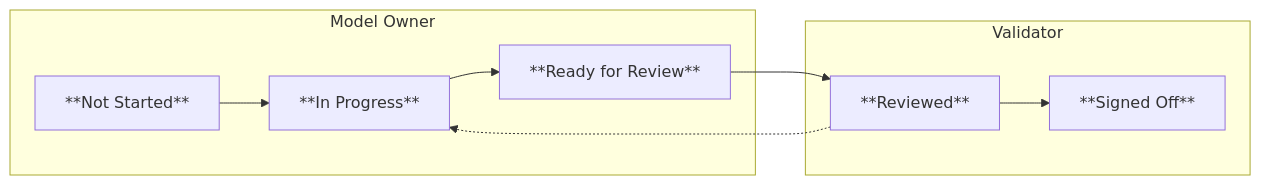
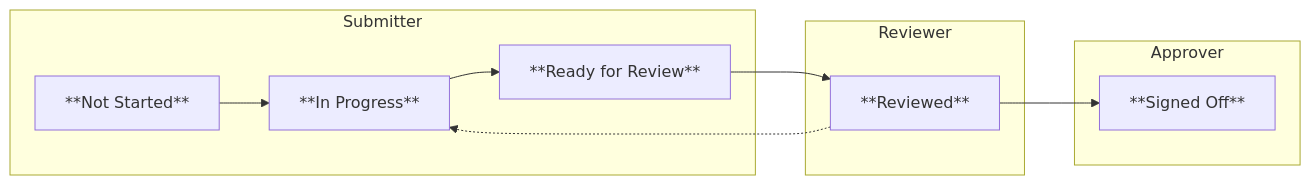
One commit to validmind/documentation changed the diagram in site/guide/attestation/working-with-attestations.qmd. Above: the diagram before and after it, drawn with Mermaid. The commit also changed other lines of this file and 2 other files, not shown here.

````diff
--- a/site/guide/attestation/working-with-attestations.qmd
+++ b/site/guide/attestation/working-with-attestations.qmd
@@ -47,13 +48,16 @@
 ```{mermaid}
 graph LR
-    subgraph Model Owner
+    subgraph Submitter
         A["**Not Started**"] --> B["**In Progress**"]
         B --> C["**Ready for Review**"]
     end
     
-    subgraph Validator
+    subgraph Reviewer
         C --> D["**Reviewed**"]
-        D --> E["**Signed Off**"]
         D -.-> B
     end
+    
+    subgraph Approver
+        D --> E["**Signed Off**"]
+    end
 ```
````
